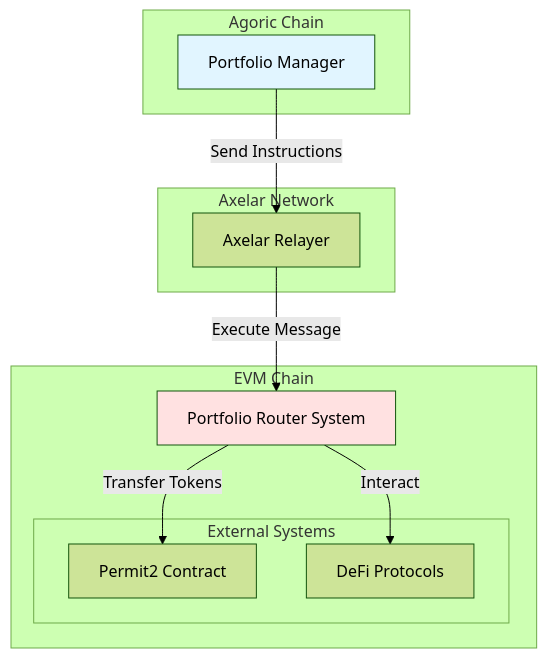
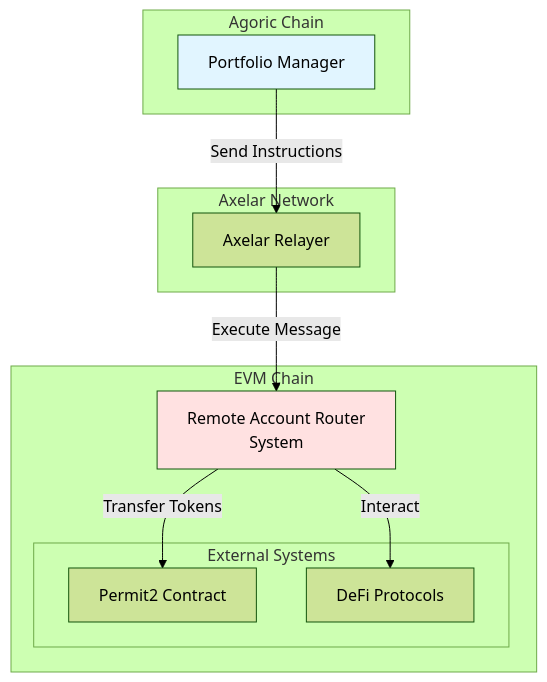
Before and after one commit to agoric-labs/agoric-to-axelar-local: the first of 8 diagrams in packages/axelar-local-dev-cosmos/src/contracts/design.md, drawn with Mermaid (forest theme). The commit also changed other lines of this file, not shown here.

````diff
--- a/packages/axelar-local-dev-cosmos/src/contracts/design.md
+++ b/packages/axelar-local-dev-cosmos/src/contracts/design.md
@@ -11,27 +11,27 @@
 ```mermaid
 graph TB
     subgraph "Agoric Chain"
         PM[Portfolio Manager]
     end
     
     subgraph "Axelar Network"
         EX[Axelar Relayer]
     end
     
     subgraph "EVM Chain"
-        PRS[Portfolio Router System]
+        PRS[Remote Account Router<br>System]
   
         subgraph "External Systems"
             P2[Permit2 Contract]
             DEFI[DeFi Protocols]
         end
     end
 
     PM -->|Send Instructions| EX
     EX -->|Execute Message| PRS
     PRS -->|Transfer Tokens| P2
     PRS -->|Interact| DEFI
     
     style PM fill:#e1f5ff
     style PRS fill:#ffe1e1
 ```
````
